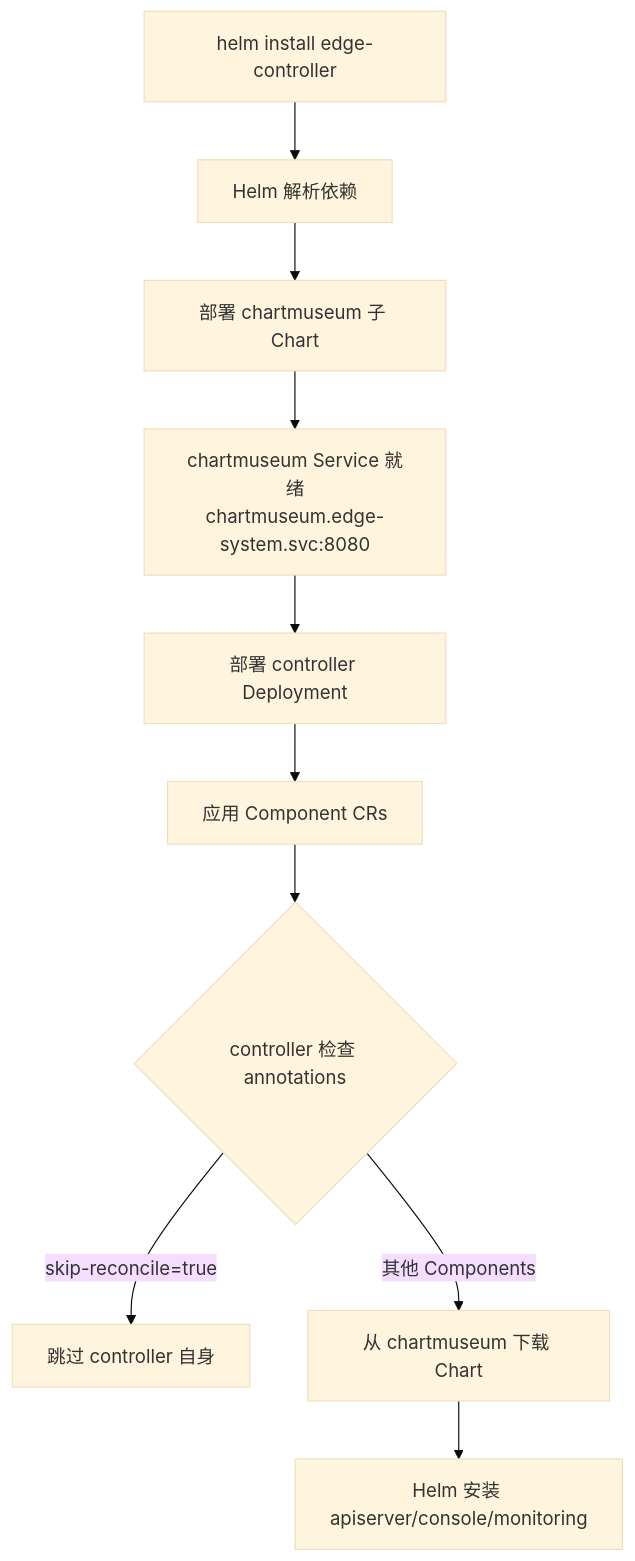
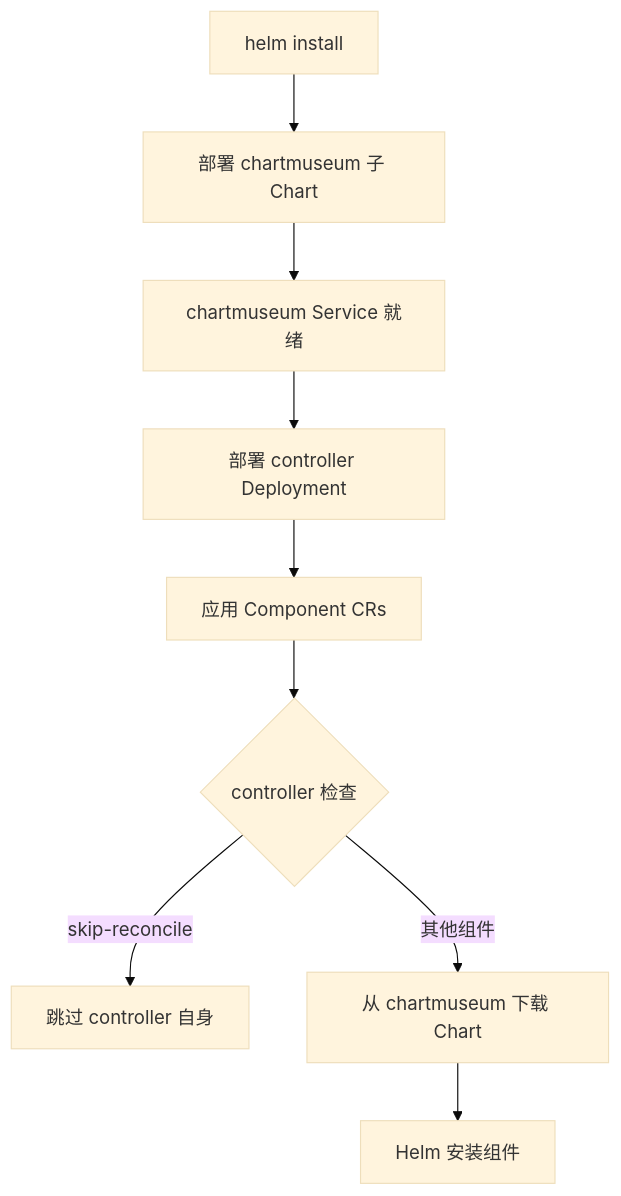
Before and after one commit to theriseunion/edge-installer: the diagram in README.md, drawn with Mermaid (base theme). The commit also changed other lines of this file and 5 other files, not shown here.

````diff
--- a/README.md
+++ b/README.md
@@ -36,12 +63,11 @@
 ```mermaid
 graph TD
-    A[helm install edge-controller] --> B[Helm 解析依赖]
-    B --> C[部署 chartmuseum 子 Chart]
-    C --> D[chartmuseum Service 就绪<br/>chartmuseum.edge-system.svc:8080]
-    D --> E[部署 controller Deployment]
-    E --> F[应用 Component CRs]
-    F --> G{controller 检查 annotations}
-    G -->|skip-reconcile=true| H[跳过 controller 自身]
-    G -->|其他 Components| I[从 chartmuseum 下载 Chart]
-    I --> J[Helm 安装 apiserver/console/monitoring]
+    A[helm install] --> B[部署 chartmuseum 子 Chart]
+    B --> C[chartmuseum Service 就绪]
+    C --> D[部署 controller Deployment]
+    D --> E[应用 Component CRs]
+    E --> F{controller 检查}
+    F -->|skip-reconcile| G[跳过 controller 自身]
+    F -->|其他组件| H[从 chartmuseum 下载 Chart]
+    H --> I[Helm 安装组件]
 ```
````
